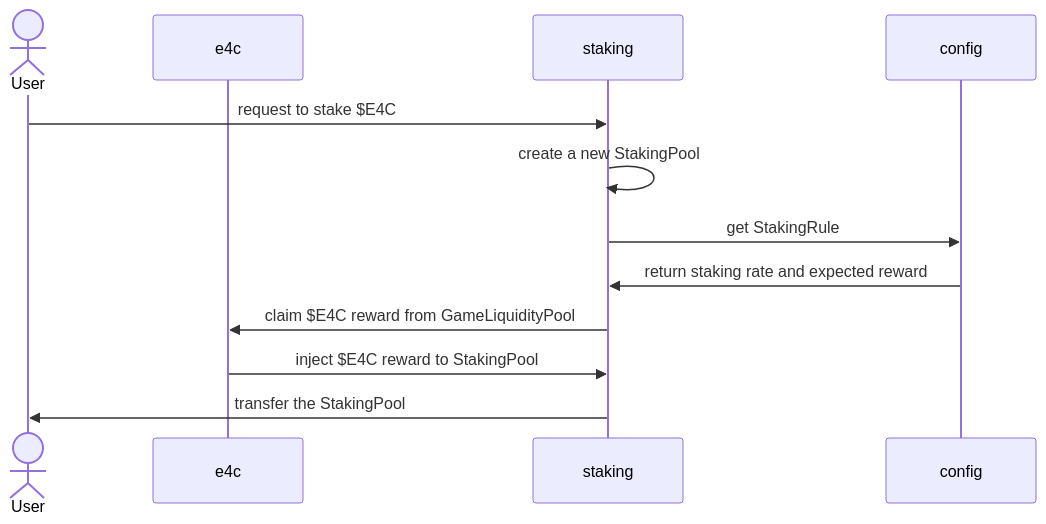
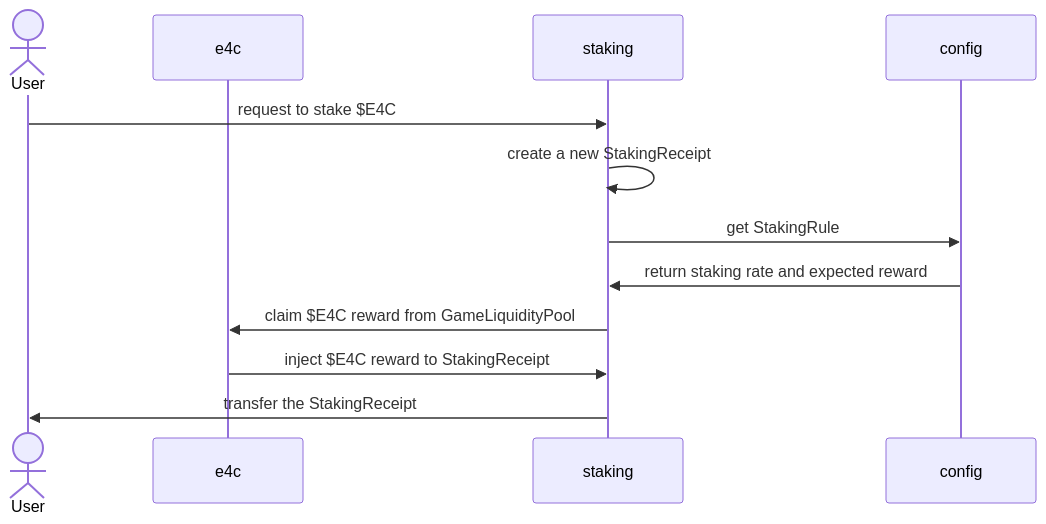
Before and after one commit to z330789559/e4c: the third of 5 diagrams in README.md, drawn with Mermaid. The commit also changed other lines of this file, not shown here.

Commit message:
docs: update sequence diagrams

````diff
--- a/README.md
+++ b/README.md
@@ -44,14 +61,14 @@
 ```mermaid
 sequenceDiagram
     actor U as User
     participant e4c
     participant staking
     participant config
     U ->> staking: request to stake $E4C
-    staking ->> staking: create a new StakingPool
+    staking ->> staking: create a new StakingReceipt
     staking ->> config: get StakingRule
     config ->> staking: return staking rate and expected reward
     staking ->> e4c: claim $E4C reward from GameLiquidityPool
-    e4c ->> staking: inject $E4C reward to StakingPool
-    staking ->> U: transfer the StakingPool
+    e4c ->> staking: inject $E4C reward to StakingReceipt
+    staking ->> U: transfer the StakingReceipt
 ```
````
